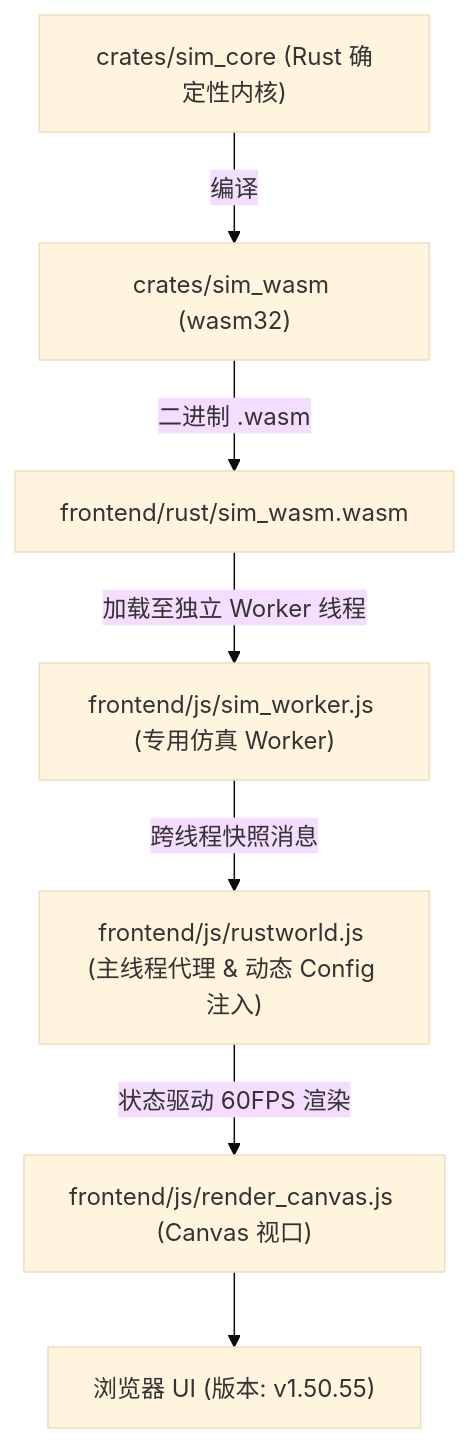
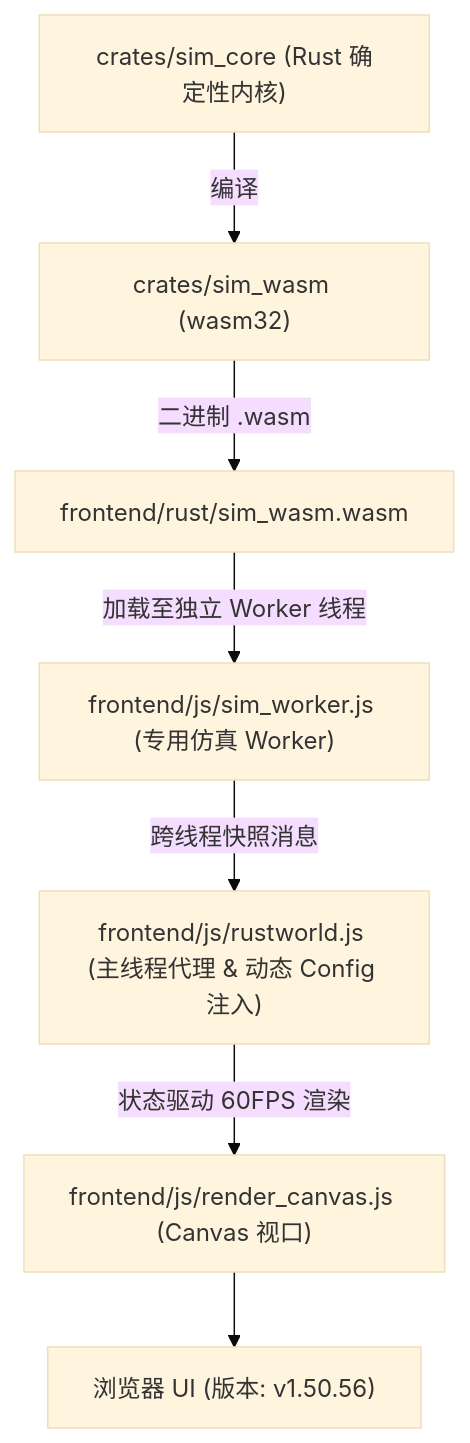
Before and after one commit to g39088902/FlowAndAccord: the diagram in AGENTS.md, drawn with Mermaid (base theme). The commit also changed other lines of this file and 30 other files, not shown here.

````diff
--- a/AGENTS.md
+++ b/AGENTS.md
@@ -61,10 +61,10 @@
 ```mermaid
 graph TD
     A["crates/sim_core (Rust 确定性内核)"] -->|编译| B["crates/sim_wasm (wasm32)"]
     B -->|二进制 .wasm| C["frontend/rust/sim_wasm.wasm"]
     C -->|加载至独立 Worker 线程| D["frontend/js/sim_worker.js (专用仿真 Worker)"]
     D -->|跨线程快照消息| E["frontend/js/rustworld.js (主线程代理 & 动态 Config 注入)"]
     E -->|状态驱动 60FPS 渲染| F["frontend/js/render_canvas.js (Canvas 视口)"]
-    F --> G["浏览器 UI (版本: v1.50.55)"]
+    F --> G["浏览器 UI (版本: v1.50.56)"]
 
 ```
````
